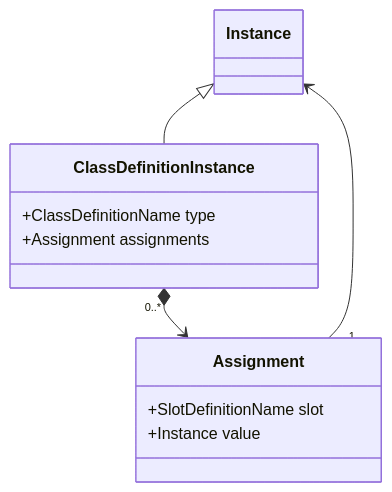
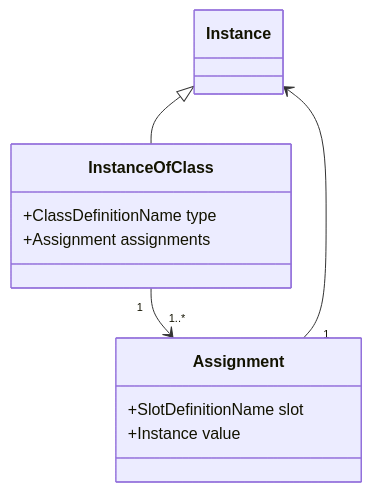
Before and after one commit to linkml/linkml-model: the second of 4 diagrams in specification/02instances.md, drawn with Mermaid. The commit also changed other lines of this file and 23 other files, not shown here.

````diff
--- a/specification/02instances.md
+++ b/specification/02instances.md
@@ -40,15 +63,15 @@
 ```mermaid
 classDiagram
-    Instance <|-- ClassDefinitionInstance
-    ClassDefinitionInstance "0..*" *--> Assignment
+    Instance <|-- InstanceOfClass
+    InstanceOfClass "1" --> "1..*" Assignment
     Assignment "1" --> Instance
 
-    class ClassDefinitionInstance {
+    class InstanceOfClass {
       +ClassDefinitionName type
       +Assignment assignments
     }
     class Assignment {
       +SlotDefinitionName slot
       +Instance value
     }
 ```
````
